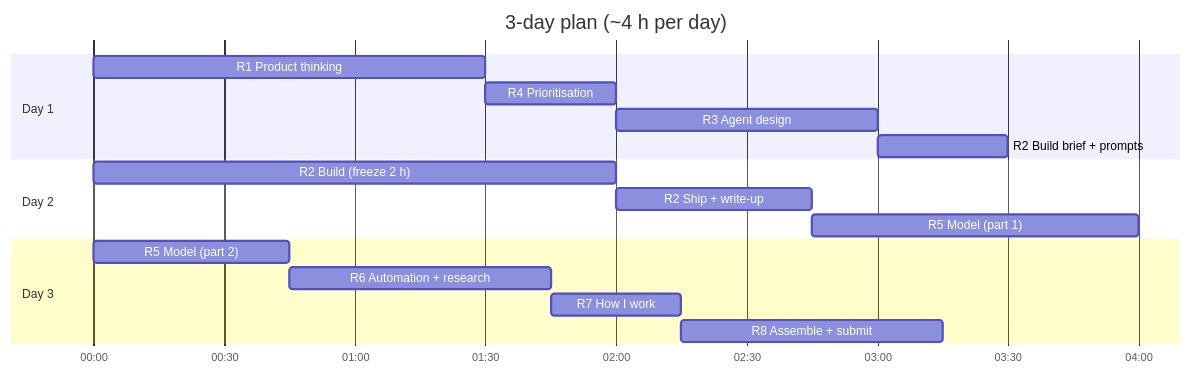
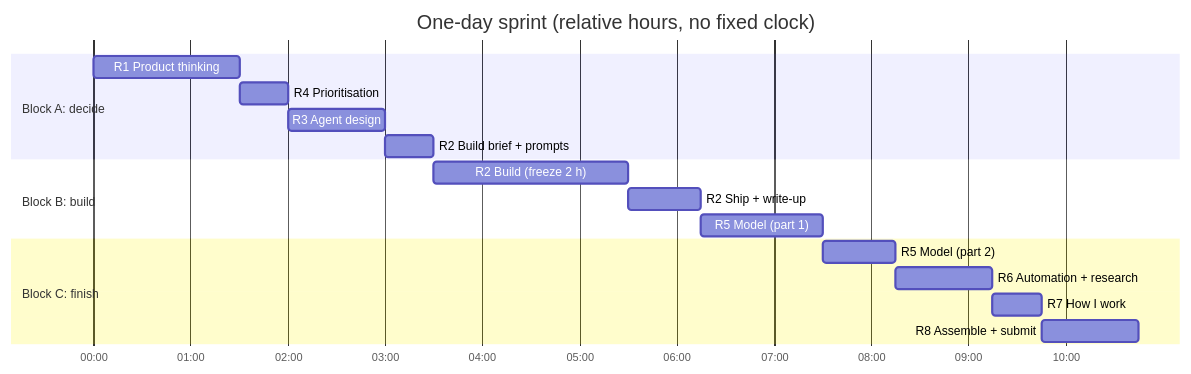
The eighth of 8 diagrams in docs/architecture.md (bhawnamanglapm/Franchise-in-a-Box-OS), drawn with Mermaid before and after one commit. The commit also changed other lines of this file and 14 other files, not shown here.

First line of the commit message:
Switch plan to a one-day sprint with no fixed clock times

````diff
--- a/docs/architecture.md
+++ b/docs/architecture.md
@@ -250,20 +250,21 @@
 ```mermaid
 gantt
-  title 3-day plan (~4 h per day)
+  title One-day sprint (relative hours, no fixed clock)
   dateFormat HH:mm
   axisFormat %H:%M
-  section Day 1
+  todayMarker off
+  section Block A: decide
   R1 Product thinking      :r1, 00:00, 90m
   R4 Prioritisation        :r4, after r1, 30m
   R3 Agent design          :r3, after r4, 60m
   R2 Build brief + prompts :rb, after r3, 30m
-  section Day 2
-  R2 Build (freeze 2 h)    :r2, 00:00, 120m
+  section Block B: build
+  R2 Build (freeze 2 h)    :r2, after rb, 120m
   R2 Ship + write-up       :r2s, after r2, 45m
   R5 Model (part 1)        :r5, after r2s, 75m
-  section Day 3
-  R5 Model (part 2)        :r5b, 00:00, 45m
+  section Block C: finish
+  R5 Model (part 2)        :r5b, after r5, 45m
   R6 Automation + research :r6, after r5b, 60m
   R7 How I work            :r7, after r6, 30m
   R8 Assemble + submit     :r8, after r7, 60m
 ```
````
